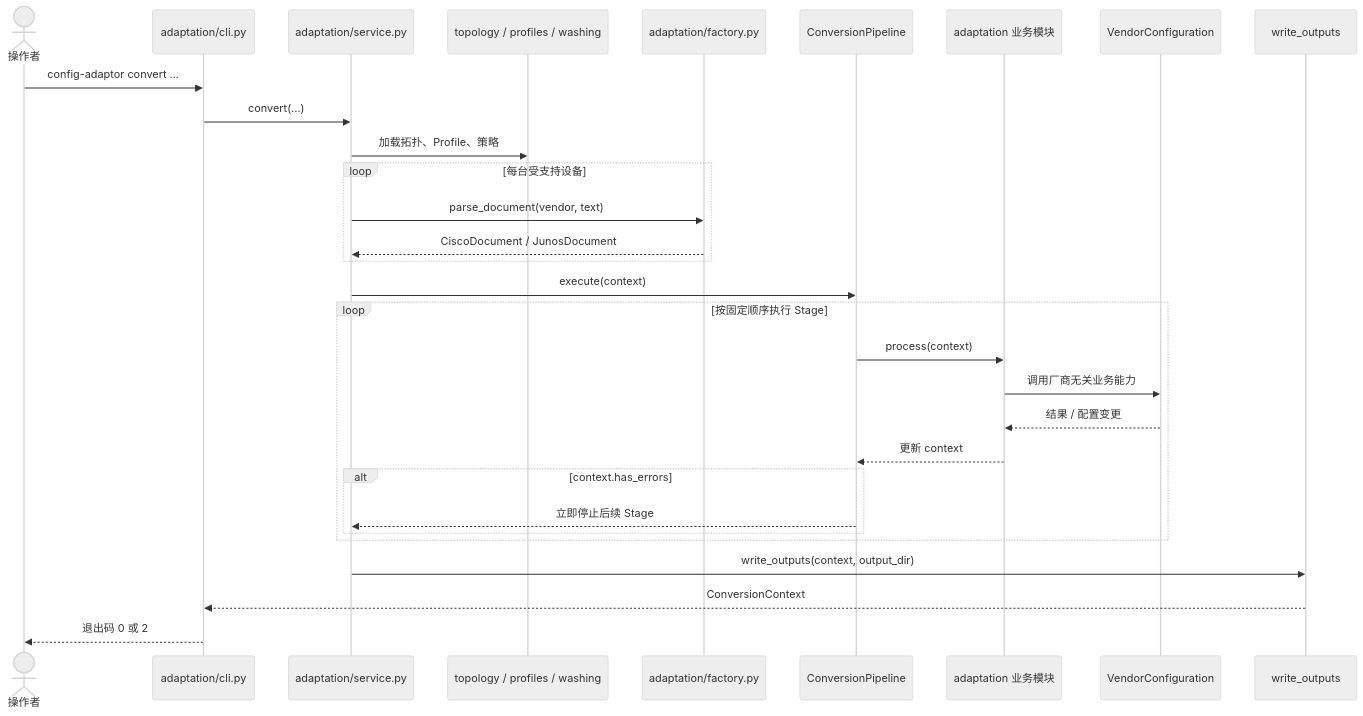
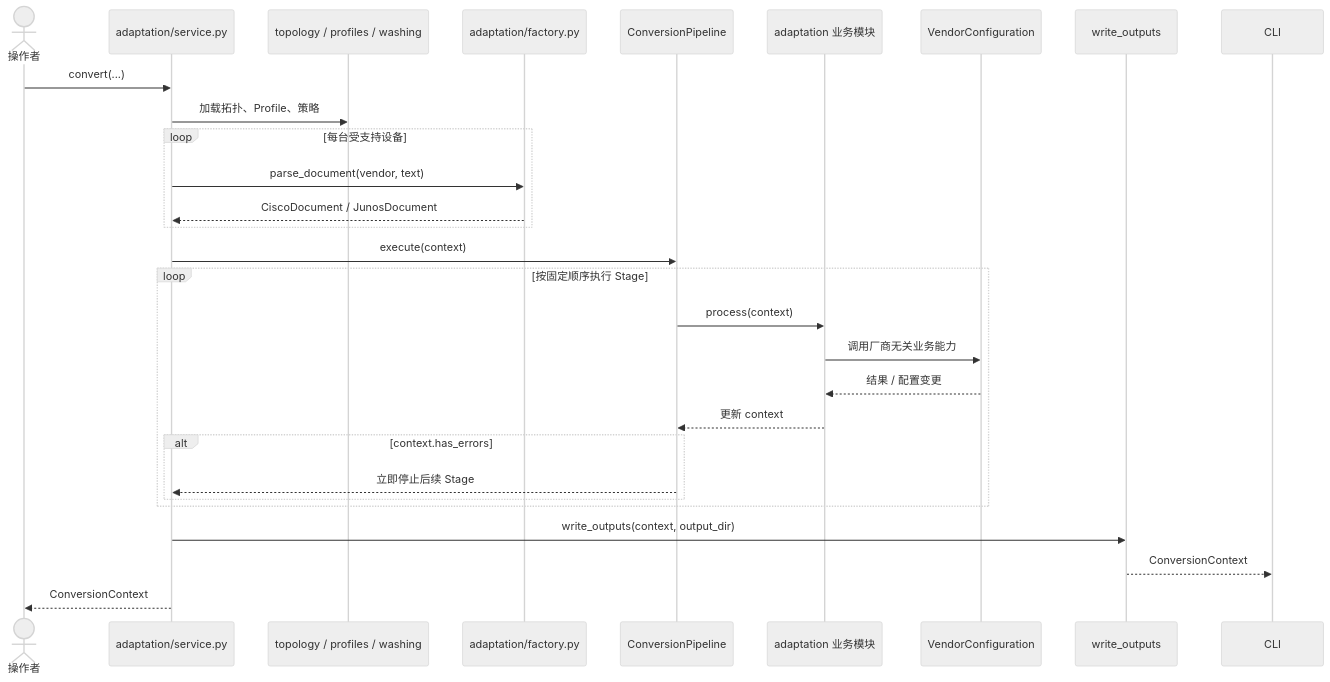
One commit to xiaobaozi01/config-mapping changed the fourth of 9 diagrams in docs/onboarding-guide.md. Above: the diagram before and after it, drawn with Mermaid (neutral theme). The commit also changed other lines of this file and 211 other files, not shown here.

````diff
--- a/docs/onboarding-guide.md
+++ b/docs/onboarding-guide.md
@@ -187,33 +187,31 @@
 ```mermaid
 sequenceDiagram
     actor User as 操作者
-    participant CLI as adaptation/cli.py
     participant Entry as adaptation/service.py
     participant IO as topology / profiles / washing
     participant Parser as adaptation/factory.py
     participant Flow as ConversionPipeline
     participant Stage as adaptation 业务模块
     participant Doc as VendorConfiguration
     participant Output as write_outputs
 
-    User->>CLI: config-adaptor convert ...
-    CLI->>Entry: convert(...)
+    User->>Entry: convert(...)
     Entry->>IO: 加载拓扑、Profile、策略
     loop 每台受支持设备
         Entry->>Parser: parse_document(vendor, text)
         Parser-->>Entry: CiscoDocument / JunosDocument
     end
     Entry->>Flow: execute(context)
     loop 按固定顺序执行 Stage
         Flow->>Stage: process(context)
         Stage->>Doc: 调用厂商无关业务能力
         Doc-->>Stage: 结果 / 配置变更
         Stage-->>Flow: 更新 context
         alt context.has_errors
             Flow-->>Entry: 立即停止后续 Stage
         end
     end
     Entry->>Output: write_outputs(context, output_dir)
     Output-->>CLI: ConversionContext
-    CLI-->>User: 退出码 0 或 2
+    Entry-->>User: ConversionContext
 ```
````
